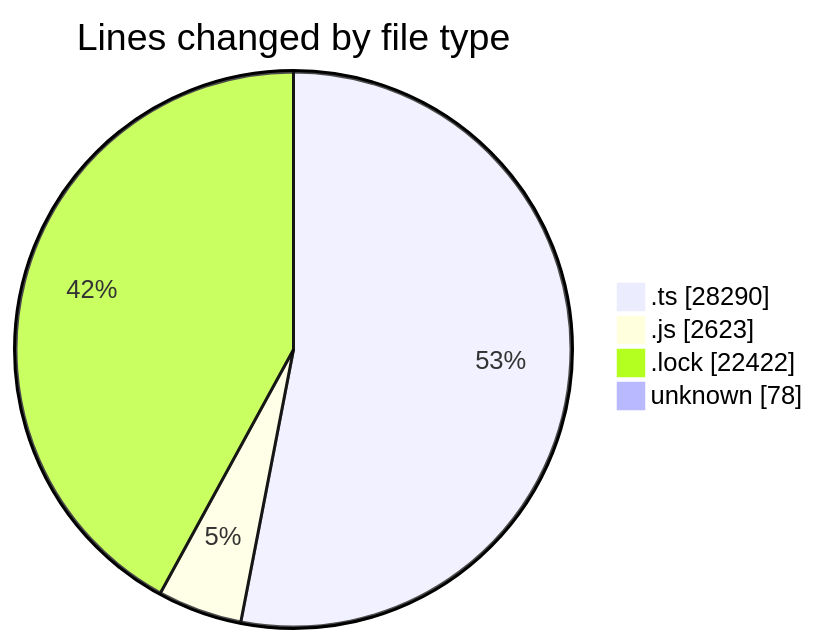
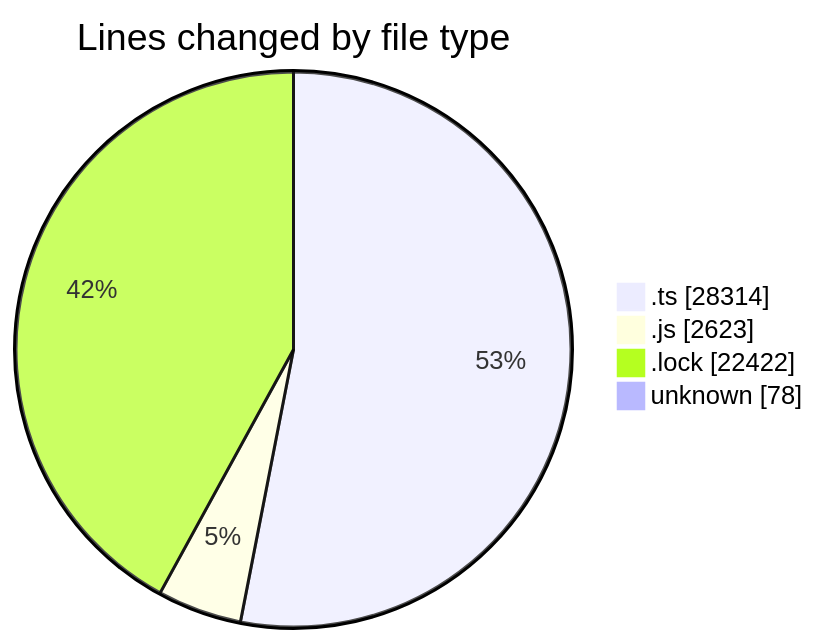
One commit to momahboobian/code-tracking changed the first of 2 diagrams in 2025-05-20/cda/README.md. Above: the diagram before and after it, drawn with Mermaid. The commit also changed other lines of this file and 1 other file, not shown here.

````diff
--- a/2025-05-20/cda/README.md
+++ b/2025-05-20/cda/README.md
@@ -42,8 +42,8 @@
 ```mermaid
 pie showData
 title Lines changed by file type
-".ts" : 28290
+".ts" : 28314
 ".js" : 2623
 ".lock" : 22422
 "unknown" : 78
 ```
````
